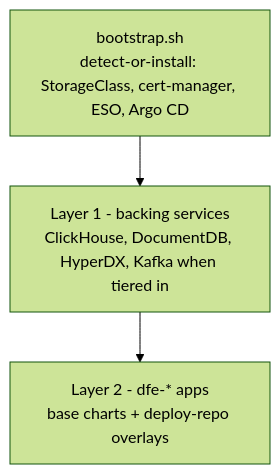
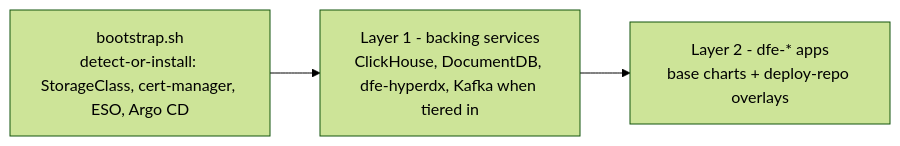
One commit to hyperi-io/dfe-infra changed the diagram in docs/deployment/README.md. Above: the diagram before and after it, drawn with Mermaid (forest theme). The commit also changed other lines of this file and 93 other files, not shown here.

````diff
--- a/docs/deployment/README.md
+++ b/docs/deployment/README.md
@@ -10,5 +9,5 @@
 ```mermaid
-flowchart TB
-    B[bootstrap.sh<br/>detect-or-install: StorageClass, cert-manager, ESO, Argo CD] --> L1[Layer 1 - backing services<br/>ClickHouse, DocumentDB, HyperDX, Kafka when tiered in]
+flowchart LR
+    B[bootstrap.sh<br/>detect-or-install: StorageClass, cert-manager, ESO, Argo CD] --> L1[Layer 1 - backing services<br/>ClickHouse, DocumentDB, dfe-hyperdx, Kafka when tiered in]
     L1 --> L2[Layer 2 - dfe-* apps<br/>base charts + deploy-repo overlays]
 ```
````
